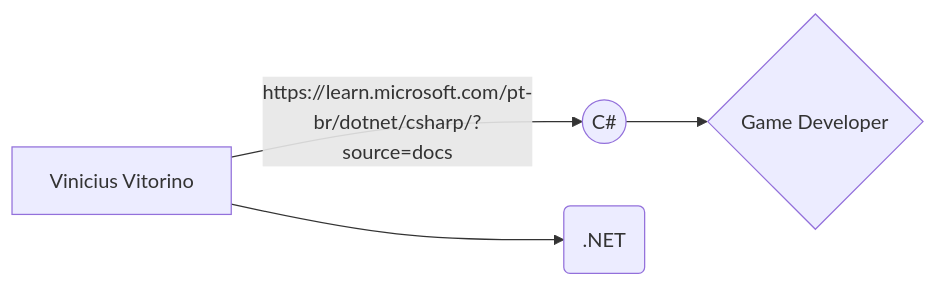
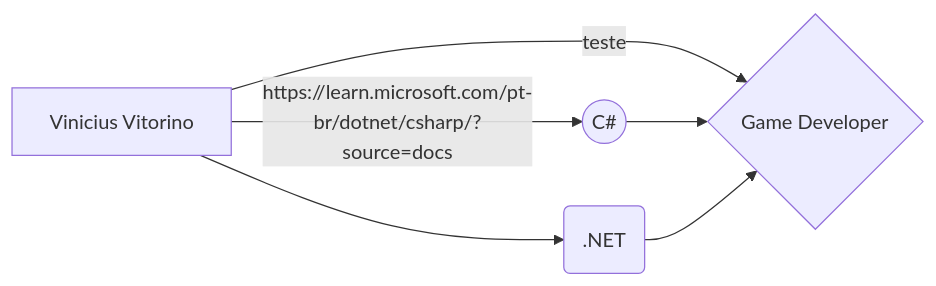
The diagram in README.md (ViniciusVitorinoSantos/EstudosCS), drawn with Mermaid before and after one commit.

````diff
--- a/README.md
+++ b/README.md
@@ -4,7 +4,8 @@
 ```mermaid
 graph LR
 A[Vinicius Vitorino] -- https://learn.microsoft.com/pt-br/dotnet/csharp/?source=docs --> B((C#))
 A --> C(.NET)
+A --teste--> D
 B --> D{Game Developer}
-
+C --> D
 ```
````
